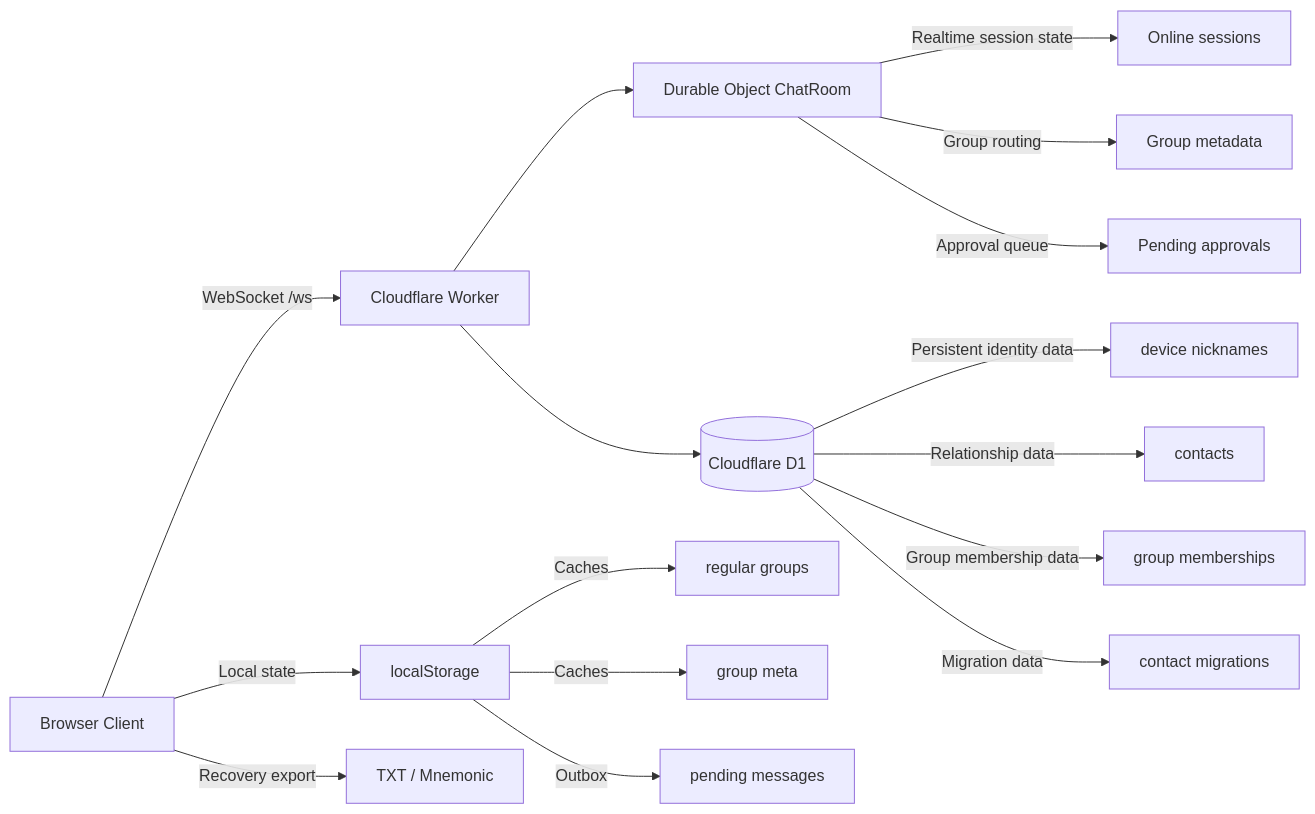
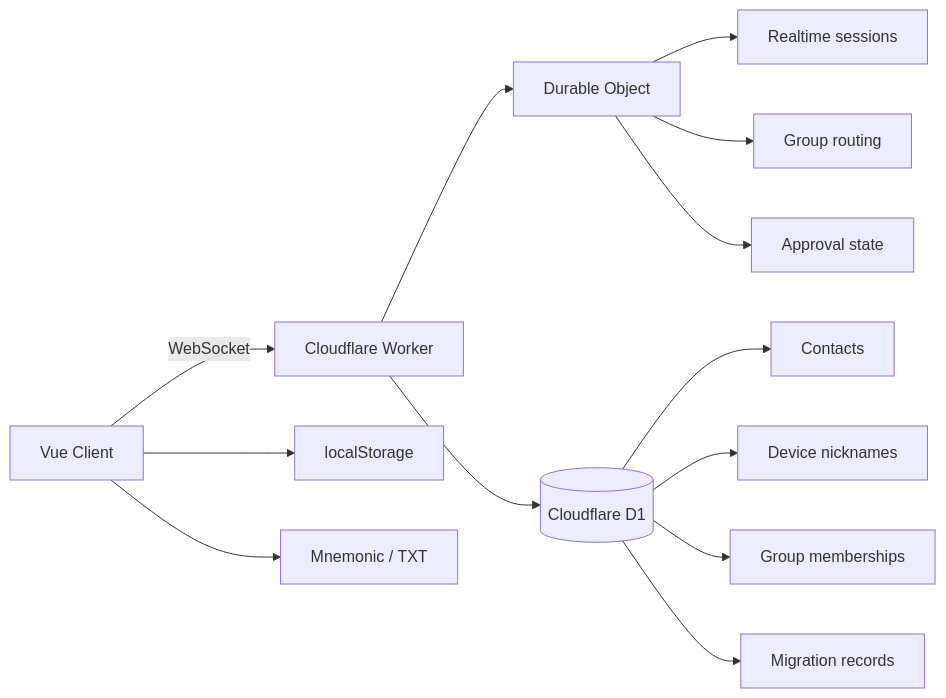
The diagram in README.md (RainyDreams/telechat), drawn with Mermaid before and after one commit. The commit also changed other lines of this file and 2 other files, not shown here.

````diff
--- a/README.md
+++ b/README.md
@@ -207,22 +34,18 @@
 ```mermaid
 flowchart LR
-    U[Browser Client] -->|WebSocket /ws| W[Cloudflare Worker]
-    U -->|Local state| LS[localStorage]
-    U -->|Recovery export| TXT[TXT / Mnemonic]
+    Client[Vue Client] -->|WebSocket| Worker[Cloudflare Worker]
+    Client --> Local[localStorage]
+    Client --> Recovery[Mnemonic / TXT]
 
-    W --> DO[Durable Object ChatRoom]
-    W --> D1[(Cloudflare D1)]
+    Worker --> Room[Durable Object]
+    Worker --> D1[(Cloudflare D1)]
 
-    DO -->|Realtime session state| S1[Online sessions]
-    DO -->|Group routing| S2[Group metadata]
-    DO -->|Approval queue| S3[Pending approvals]
+    Room --> RS1[Realtime sessions]
+    Room --> RS2[Group routing]
+    Room --> RS3[Approval state]
 
-    D1 -->|Persistent identity data| P1[device nicknames]
-    D1 -->|Relationship data| P2[contacts]
-    D1 -->|Group membership data| P3[group memberships]
-    D1 -->|Migration data| P4[contact migrations]
-
-    LS -->|Caches| C1[regular groups]
-    LS -->|Caches| C2[group meta]
-    LS -->|Outbox| C3[pending messages]
+    D1 --> P1[Contacts]
+    D1 --> P2[Device nicknames]
+    D1 --> P3[Group memberships]
+    D1 --> P4[Migration records]
 ```
````
